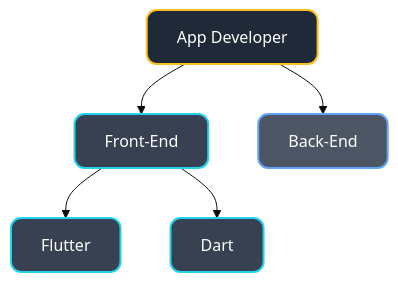
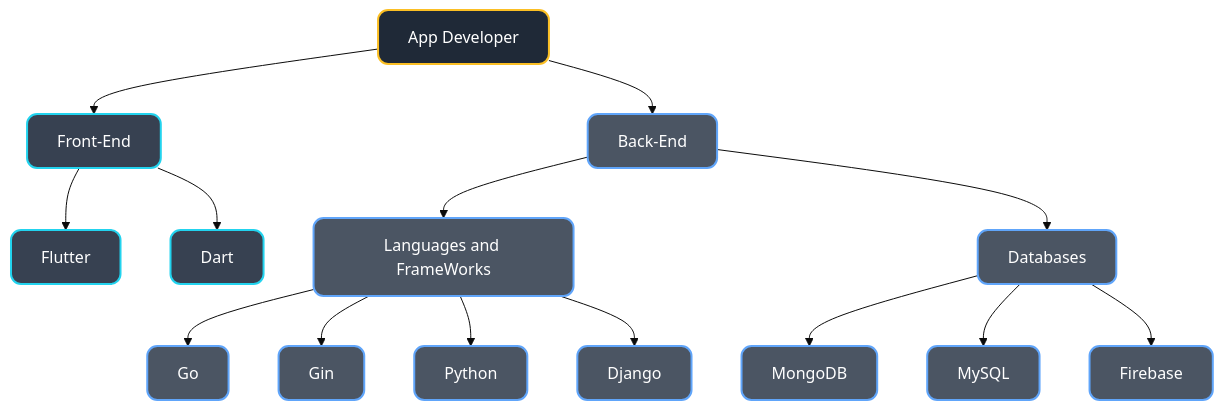
One commit to Raseelp/Raseelp changed the diagram in README.md. Above: the diagram before and after it, drawn with Mermaid (base theme). The commit also changed other lines of this file, not shown here.

````diff
--- a/README.md
+++ b/README.md
@@ -28,29 +28,41 @@
 ```mermaid
 %% Note: This graph showcases my Technical Skills.  
 %% If it doesn't display, please view it on the GitHub website.
 graph TD
     A[App Developer] --> B[Front-End]
     A --> C[Back-End]
    
     
     B --> B1[Flutter]
     B --> B2[Dart]
-    
+
+    C --> C1[Languages and FrameWorks]
+    C --> C2[Databases]
+
+    C1 --> D1[Go]
+    C1 --> D2[Gin]
+    C1 --> D3[Python]
+    C1 --> D4[Django]
+
+    C2 --> D5[MongoDB]
+    C2 --> D6[MySQL]
+    C2 --> D7[Firebase]
     
   
    
     
     
   
 
     classDef main fill:#1f2937,stroke:#fbbf24,stroke-width:2px,color:#ffffff,rx:10px,ry:10px;
     classDef mobile fill:#374151,stroke:#22d3ee,stroke-width:2px,color:#ffffff,rx:10px,ry:10px;
     classDef web fill:#4b5563,stroke:#60a5fa,stroke-width:2px,color:#ffffff,rx:10px,ry:10px;
-    
+    classDef lang fill:#4b5563,stroke:#60a5fa,stroke-width:2px,color:#ffffff,rx:10px,ry:10px;
 
     class A main;
     class B,B1,B2 mobile;
     class C,C1,C2,C3 web;
+    class D1,D2,D3,D4,D5,D6,D7 lang;
     
 
 ```
````
